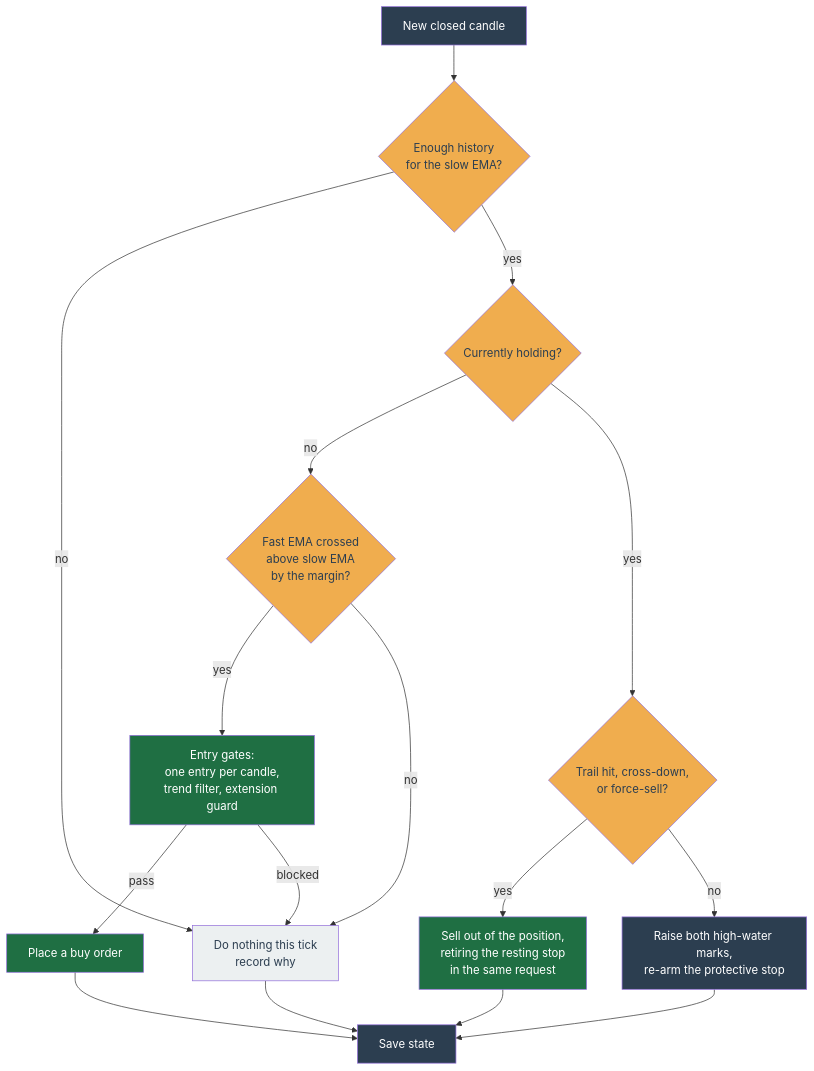
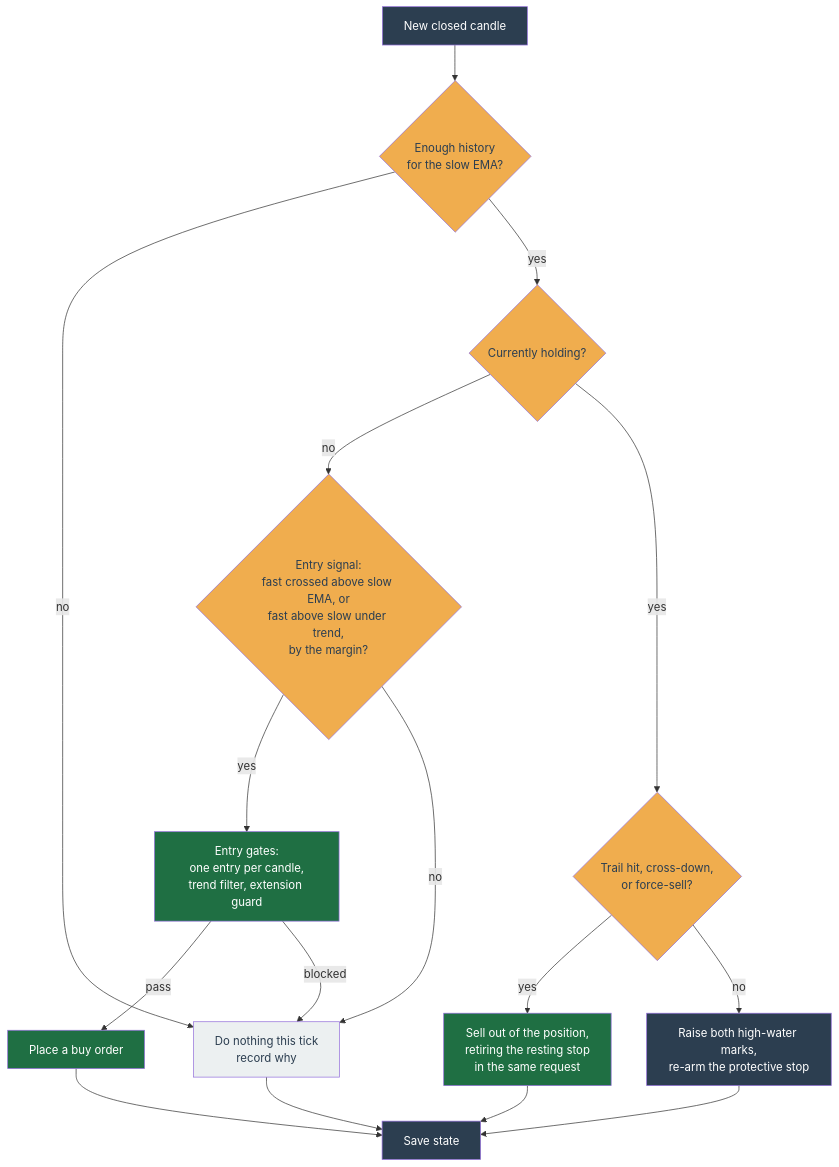
Before and after one commit to chrisleekr/binance-trading-bot: the diagram in docs/concepts/strategies/momentum.md, drawn with Mermaid. The commit also changed other lines of this file and 41 other files, not shown here.

````diff
--- a/docs/concepts/strategies/momentum.md
+++ b/docs/concepts/strategies/momentum.md
@@ -19,35 +19,35 @@
 ```mermaid
 flowchart TD
     Start["New closed candle"]:::io
     Warm{"Enough history<br/>for the slow EMA?"}:::gate
     Held{"Currently holding?"}:::gate
 
-    CrossUp{"Fast EMA crossed<br/>above slow EMA<br/>by the margin?"}:::gate
+    CrossUp{"Entry signal:<br/>fast crossed above slow EMA, or<br/>fast above slow under trend,<br/>by the margin?"}:::gate
     Gates["Entry gates:<br/>one entry per candle,<br/>trend filter, extension guard"]:::core
     Buy["Place a buy order"]:::act
 
     Exit{"Trail hit, cross-down,<br/>or force-sell?"}:::gate
     Sell["Sell out of the position,<br/>retiring the resting stop<br/>in the same request"]:::act
     Ratchet["Raise both high-water marks,<br/>re-arm the protective stop"]:::io
 
     Wait["Do nothing this tick<br/>record why"]:::wait
     Save["Save state"]:::io
 
     Start --> Warm
     Warm -->|no| Wait
     Warm -->|yes| Held
     Held -->|no| CrossUp
     CrossUp -->|yes| Gates
     Gates -->|pass| Buy --> Save
     Gates -->|blocked| Wait --> Save
     CrossUp -->|no| Wait
     Held -->|yes| Exit
     Exit -->|yes| Sell --> Save
     Exit -->|no| Ratchet --> Save
 
     classDef io fill:#2c3e50,color:#ffffff;
     classDef core fill:#1f6f43,color:#ffffff;
     classDef gate fill:#f0ad4e,color:#2c3e50;
     classDef act fill:#1f6f43,color:#ffffff;
     classDef wait fill:#ecf0f1,color:#2c3e50;
 ```
````
